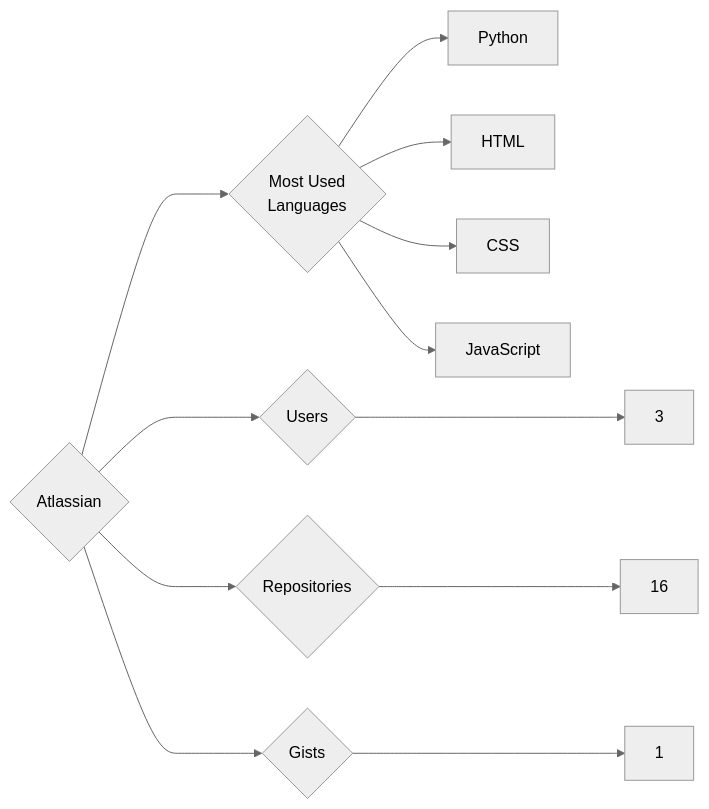
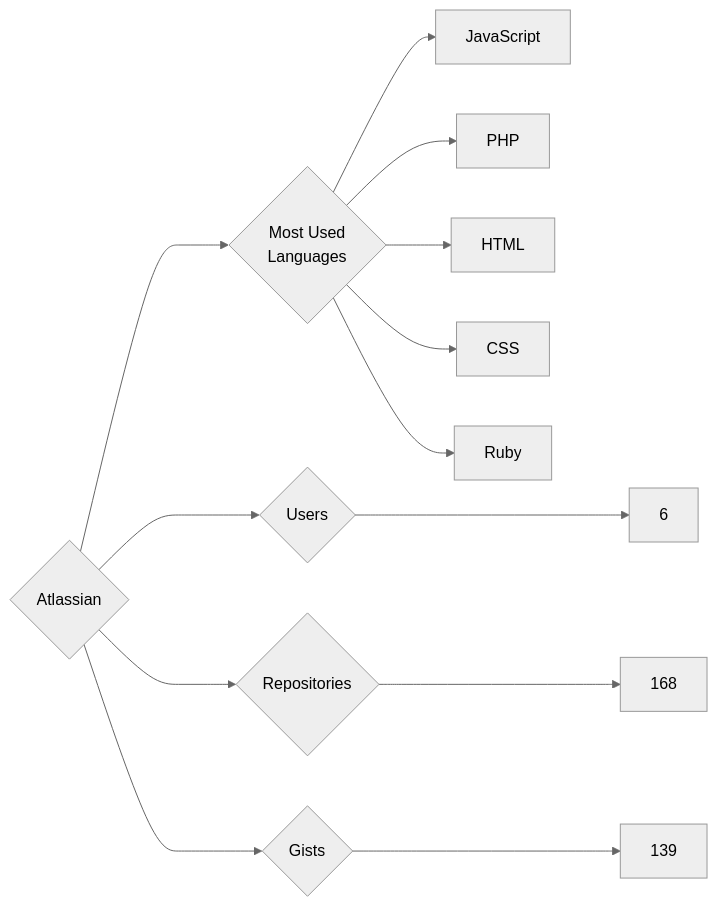
Before and after one commit to trickest/insiders: the diagram in targets/Atlassian/README.md, drawn with Mermaid (neutral theme). The commit also changed 1007 other files, not shown here.

````diff
--- a/targets/Atlassian/README.md
+++ b/targets/Atlassian/README.md
@@ -3,12 +3,13 @@
 ```mermaid
 graph LR
 COMPANY_NAME{Atlassian}
-COMPANY_NAME ---> U{Users} ---> UN[3]
-COMPANY_NAME ---> R{Repositories} ---> RN[16]
-COMPANY_NAME ---> G{Gists} ---> GN[1]
+COMPANY_NAME ---> U{Users} ---> UN[6]
+COMPANY_NAME ---> R{Repositories} ---> RN[168]
+COMPANY_NAME ---> G{Gists} ---> GN[139]
 COMPANY_NAME ---> ML{Most Used<br>Languages}
-ML --> Python[Python]
+ML --> JavaScript[JavaScript]
+ML --> PHP[PHP]
 ML --> HTML[HTML]
 ML --> CSS[CSS]
-ML --> JavaScript[JavaScript]
+ML --> Ruby[Ruby]
 ```
````
